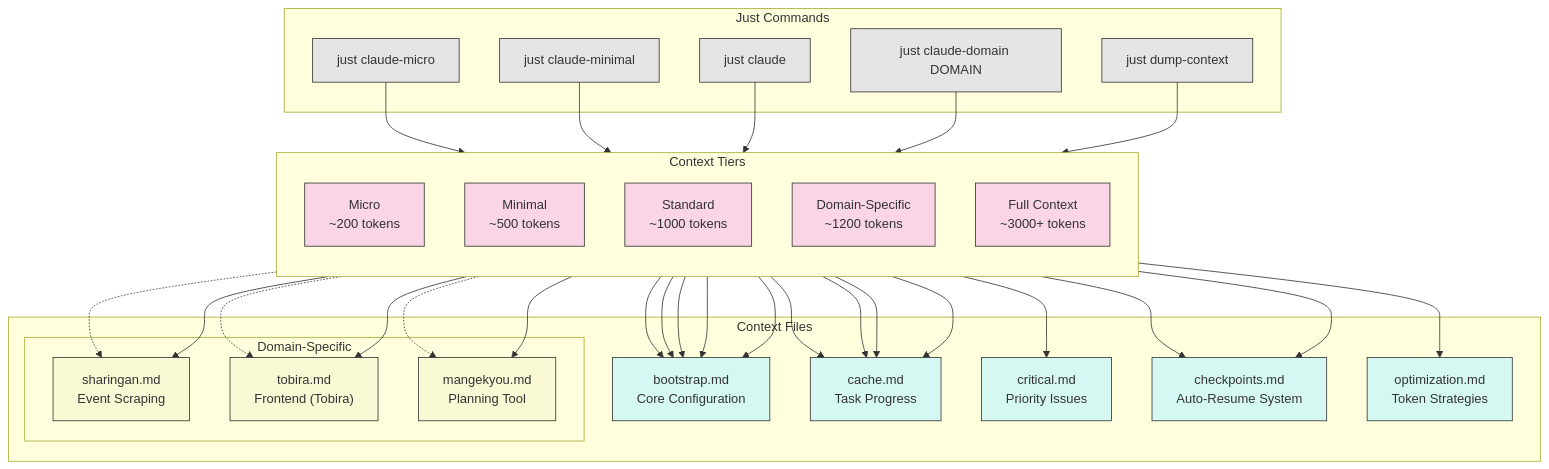
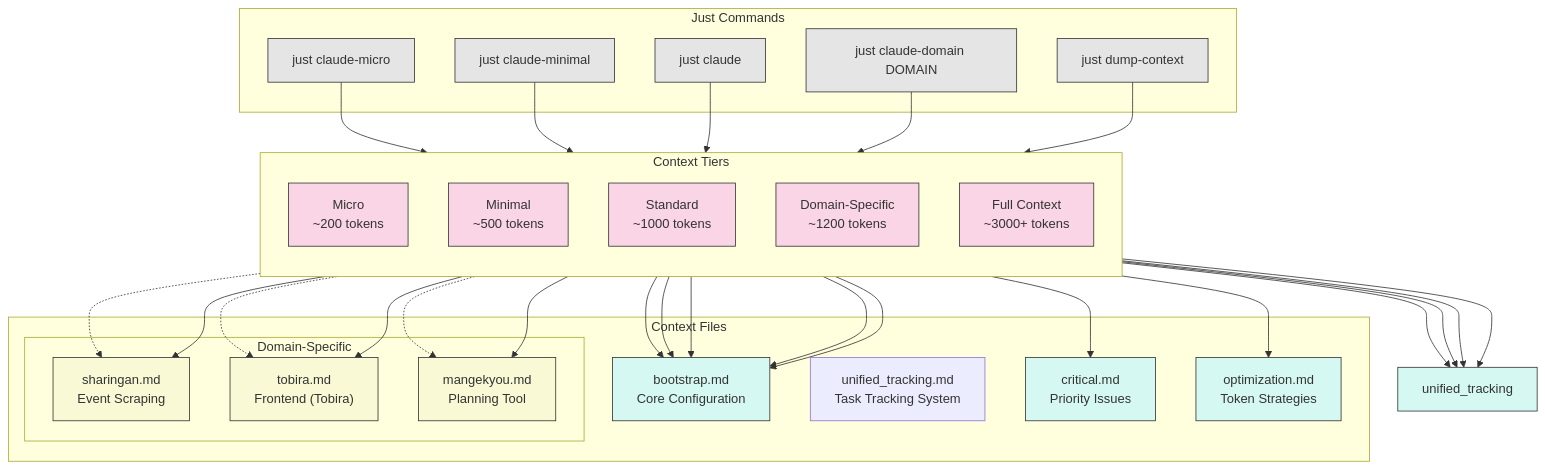
The diagram in docs/claude/README.md (piabrota/ihoje), drawn with Mermaid before and after one commit. The commit also changed other lines of this file and 184 other files, not shown here.

````diff
--- a/docs/claude/README.md
+++ b/docs/claude/README.md
@@ -9,73 +9,70 @@
 ```mermaid
 graph TB
     subgraph ContextLevels["Context Tiers"]
         direction TB
         Micro["Micro<br>~200 tokens"]
         Minimal["Minimal<br>~500 tokens"]
         Standard["Standard<br>~1000 tokens"]
         Domain["Domain-Specific<br>~1200 tokens"]
         Full["Full Context<br>~3000+ tokens"]
     end
     
     subgraph ContextFiles["Context Files"]
         Bootstrap["bootstrap.md<br>Core Configuration"]
-        Cache["cache.md<br>Task Progress"]
+        Tracking["unified_tracking.md<br>Task Tracking System"]
         Critical["critical.md<br>Priority Issues"]
-        Checkpoints["checkpoints.md<br>Auto-Resume System"]
         Optimization["optimization.md<br>Token Strategies"]
         
         subgraph DomainFiles["Domain-Specific"]
             Sharingan["sharingan.md<br>Event Scraping"]
             Frontend["tobira.md<br>Frontend (Tobira)"]
             Mangekyou["mangekyou.md<br>Planning Tool"]
         end
     end
     
     subgraph Commands["Just Commands"]
         Micro_CMD["just claude-micro"]
         Minimal_CMD["just claude-minimal"]
         Standard_CMD["just claude"]
         Domain_CMD["just claude-domain DOMAIN"]
         Full_CMD["just dump-context"]
     end
     
     Micro_CMD --> Micro
     Minimal_CMD --> Minimal
     Standard_CMD --> Standard
     Domain_CMD --> Domain
     Full_CMD --> Full
     
     Micro --> Bootstrap
     
     Minimal --> Bootstrap
-    Minimal --> Cache
+    Minimal --> unified_tracking
     
     Standard --> Bootstrap
-    Standard --> Cache
-    Standard --> Checkpoints
+    Standard --> unified_tracking
     
     Domain --> Bootstrap
-    Domain --> Cache
+    Domain --> unified_tracking
     Domain -.-> Sharingan
     Domain -.-> Frontend
     Domain -.-> Mangekyou
     
     Full --> Bootstrap
-    Full --> Cache
+    Full --> unified_tracking
     Full --> Critical
-    Full --> Checkpoints
     Full --> Optimization
     Full --> Sharingan
     Full --> Frontend
     Full --> Mangekyou
     
     classDef tier fill:#f9d5e5,stroke:#333,stroke-width:1px
     classDef core fill:#d5f9f2,stroke:#333,stroke-width:1px
     classDef domain fill:#f9f9d5,stroke:#333,stroke-width:1px
     classDef command fill:#e5e5e5,stroke:#333,stroke-width:1px
     
     class Micro,Minimal,Standard,Domain,Full tier
-    class Bootstrap,Cache,Critical,Checkpoints,Optimization core
+    class Bootstrap,unified_tracking,Critical,Optimization core
     class Sharingan,Frontend,Mangekyou domain
     class Micro_CMD,Minimal_CMD,Standard_CMD,Domain_CMD,Full_CMD command
 ```
````
